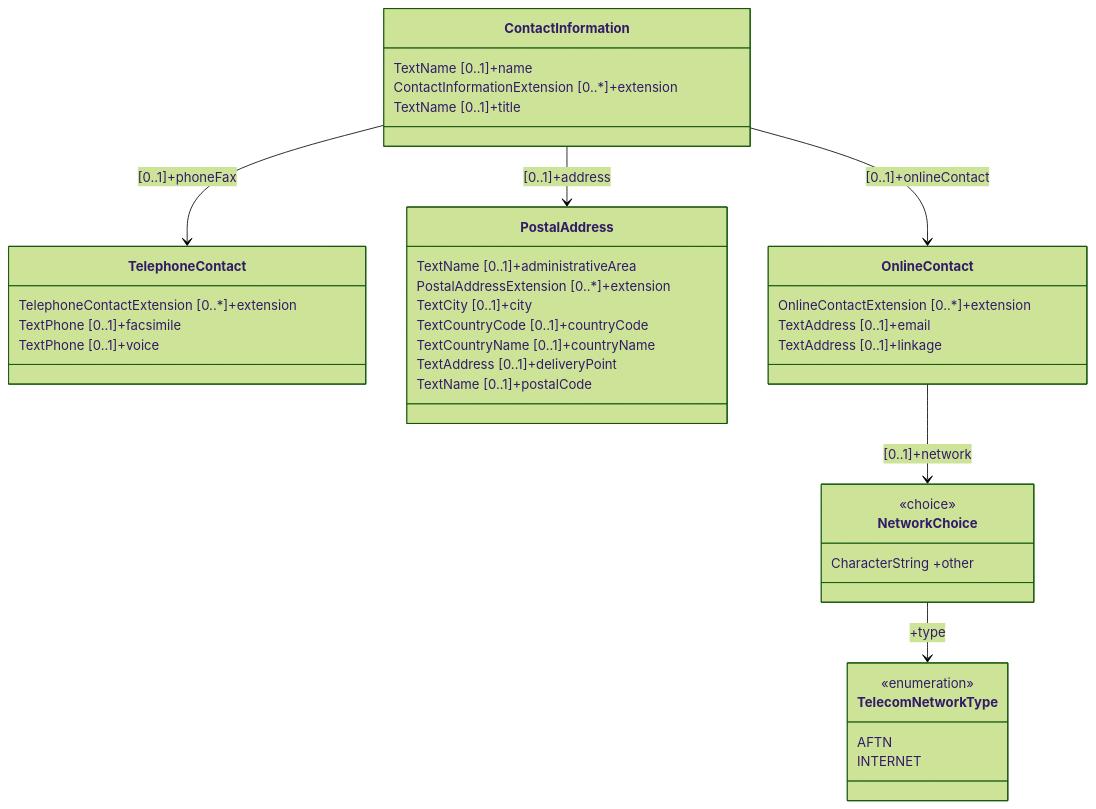
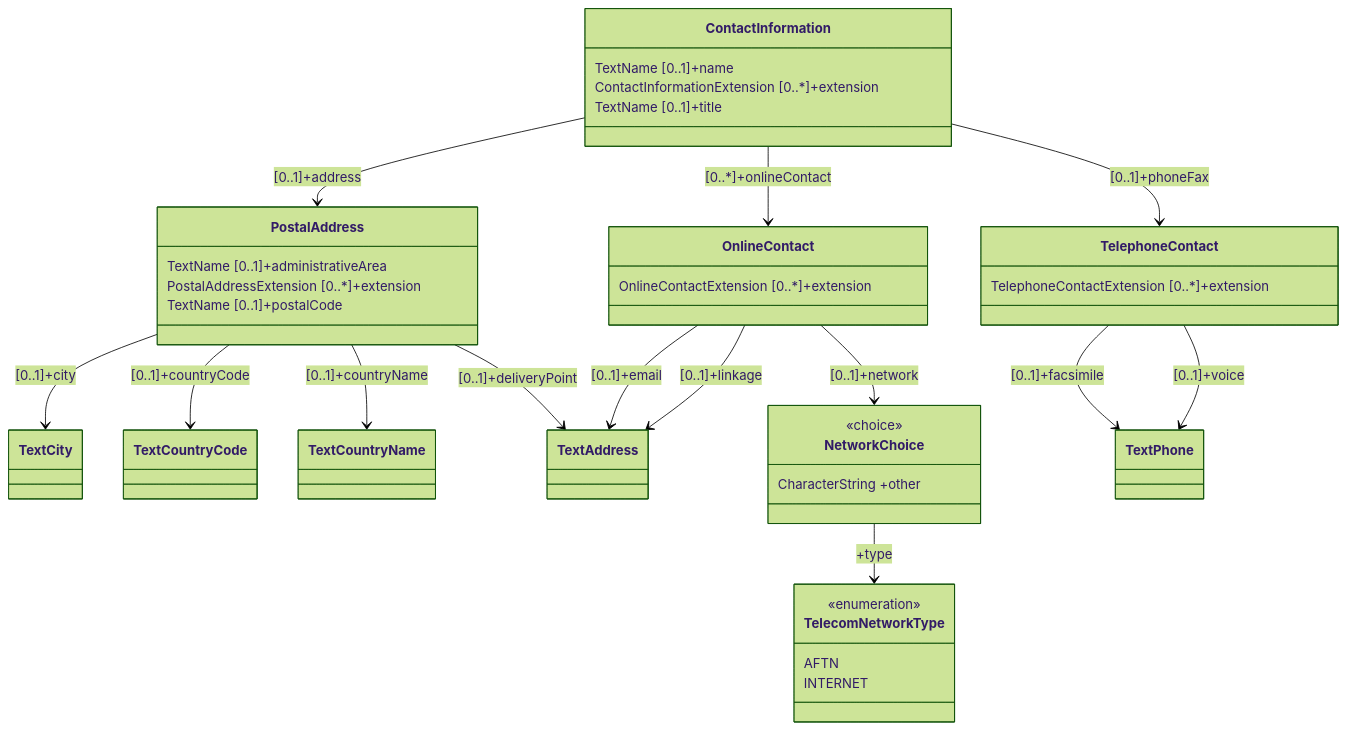
Before and after one commit to du-lapin/test_docsify: the fifth of 22 diagrams in docs/fixm/FIXM_UML_in_mermaid.md, drawn with Mermaid (forest theme). The commit also changed other lines of this file, not shown here.

````diff
--- a/docs/fixm/FIXM_UML_in_mermaid.md
+++ b/docs/fixm/FIXM_UML_in_mermaid.md
@@ -6,40 +289,51 @@
 ```mermaid
 classDiagram
-class ContactInformation
-ContactInformation : TextName [0..1]+name
-ContactInformation : ContactInformationExtension [0..*]+extension
-%% ContactInformation : PostalAddress [0..1]+address
-%% ContactInformation : OnlineContact [0..*]+onlineContact
-%% ContactInformation : TelephoneContact [0..1]+phoneFax
-ContactInformation : TextName [0..1]+title
-class TelephoneContact
-TelephoneContact : TelephoneContactExtension [0..*]+extension
-TelephoneContact : TextPhone [0..1]+facsimile
-TelephoneContact : TextPhone [0..1]+voice
-class PostalAddress
-PostalAddress : TextName [0..1]+administrativeArea
-PostalAddress : PostalAddressExtension [0..*]+extension
-PostalAddress : TextCity [0..1]+city
-PostalAddress : TextCountryCode [0..1]+countryCode
-PostalAddress : TextCountryName [0..1]+countryName
-PostalAddress : TextAddress [0..1]+deliveryPoint
-PostalAddress : TextName [0..1]+postalCode
-class OnlineContact
-OnlineContact : OnlineContactExtension [0..*]+extension
-OnlineContact : TextAddress [0..1]+email
-OnlineContact : TextAddress [0..1]+linkage
-%% OnlineContact : NetworkChoice [0..1]+network
-class NetworkChoice
-<<choice>> NetworkChoice
-NetworkChoice : CharacterString +other
-%% NetworkChoice : TelecomNetworkType +type
 class TelecomNetworkType
 <<enumeration>> TelecomNetworkType
 TelecomNetworkType : AFTN
 TelecomNetworkType : INTERNET
+link TelecomNetworkType "https://www.fixm.aero/releases/FIXM-4.2.0/doc/schema_documentation/Fixm_TelecomNetworkTypeType.html" "Go to XML definition"
+class TextCountryCode
+link TextCountryCode "https://www.fixm.aero/releases/FIXM-4.2.0/doc/schema_documentation/Fixm_TextCountryCodeType.html" "Go to XML definition"
+class TextCity
+link TextCity "https://www.fixm.aero/releases/FIXM-4.2.0/doc/schema_documentation/Fixm_TextCityType.html" "Go to XML definition"
+class TextCountryName
+link TextCountryName "https://www.fixm.aero/releases/FIXM-4.2.0/doc/schema_documentation/Fixm_TextCountryNameType.html" "Go to XML definition"
+class TextAddress
+link TextAddress "https://www.fixm.aero/releases/FIXM-4.2.0/doc/schema_documentation/Fixm_TextAddressType.html" "Go to XML definition"
+class TextPhone
+link TextPhone "https://www.fixm.aero/releases/FIXM-4.2.0/doc/schema_documentation/Fixm_TextPhoneType.html" "Go to XML definition"
+class PostalAddress
+PostalAddress : TextName [0..1]+administrativeArea
+PostalAddress : PostalAddressExtension [0..*]+extension
+PostalAddress --> TextCity : [0..1]+city
+PostalAddress --> TextCountryCode : [0..1]+countryCode
+PostalAddress --> TextCountryName : [0..1]+countryName
+PostalAddress --> TextAddress : [0..1]+deliveryPoint
+PostalAddress : TextName [0..1]+postalCode
+link PostalAddress "https://www.fixm.aero/releases/FIXM-4.2.0/doc/schema_documentation/Fixm_PostalAddressType.html" "Go to XML definition"
+class OnlineContact
+OnlineContact : OnlineContactExtension [0..*]+extension
+OnlineContact --> TextAddress : [0..1]+email
+OnlineContact --> TextAddress : [0..1]+linkage
+OnlineContact --> NetworkChoice : [0..1]+network
+link OnlineContact "https://www.fixm.aero/releases/FIXM-4.2.0/doc/schema_documentation/Fixm_OnlineContactType.html" "Go to XML definition"
+class ContactInformation
+ContactInformation : TextName [0..1]+name
+ContactInformation : ContactInformationExtension [0..*]+extension
+ContactInformation --> PostalAddress : [0..1]+address
+ContactInformation --> OnlineContact : [0..*]+onlineContact
 ContactInformation --> TelephoneContact : [0..1]+phoneFax
-ContactInformation --> PostalAddress : [0..1]+address
-ContactInformation --> OnlineContact : [0..1]+onlineContact
-OnlineContact --> NetworkChoice : [0..1]+network
+ContactInformation : TextName [0..1]+title
+link ContactInformation "https://www.fixm.aero/releases/FIXM-4.2.0/doc/schema_documentation/Fixm_ContactInformationType.html" "Go to XML definition"
+class TelephoneContact
+TelephoneContact : TelephoneContactExtension [0..*]+extension
+TelephoneContact --> TextPhone : [0..1]+facsimile
+TelephoneContact --> TextPhone : [0..1]+voice
+link TelephoneContact "https://www.fixm.aero/releases/FIXM-4.2.0/doc/schema_documentation/Fixm_TelephoneContactType.html" "Go to XML definition"
+class NetworkChoice
+<<choice>> NetworkChoice
+NetworkChoice : CharacterString +other
 NetworkChoice --> TelecomNetworkType : +type
+link NetworkChoice "https://www.fixm.aero/releases/FIXM-4.2.0/doc/schema_documentation/Fixm_NetworkChoiceType.html" "Go to XML definition"
 ```
````
